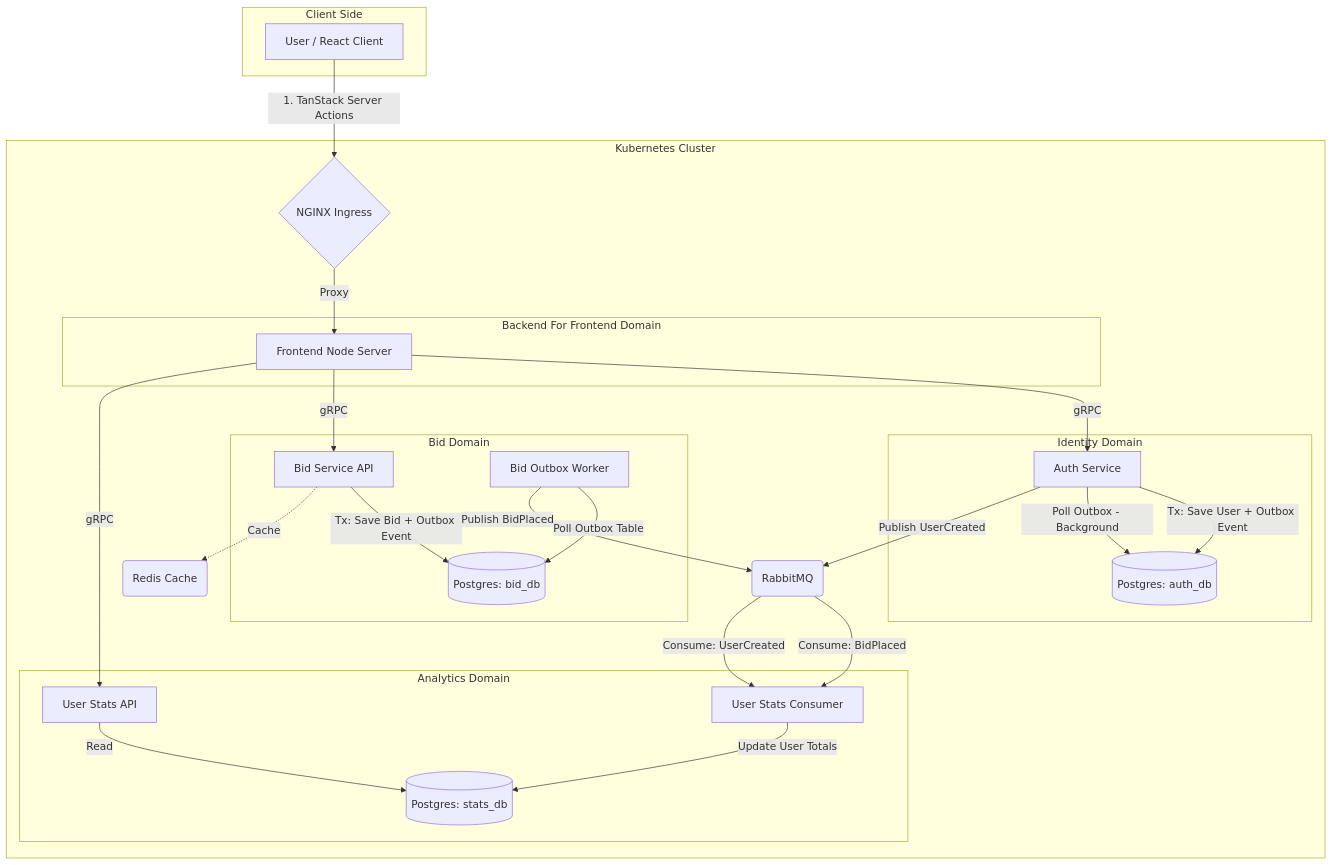
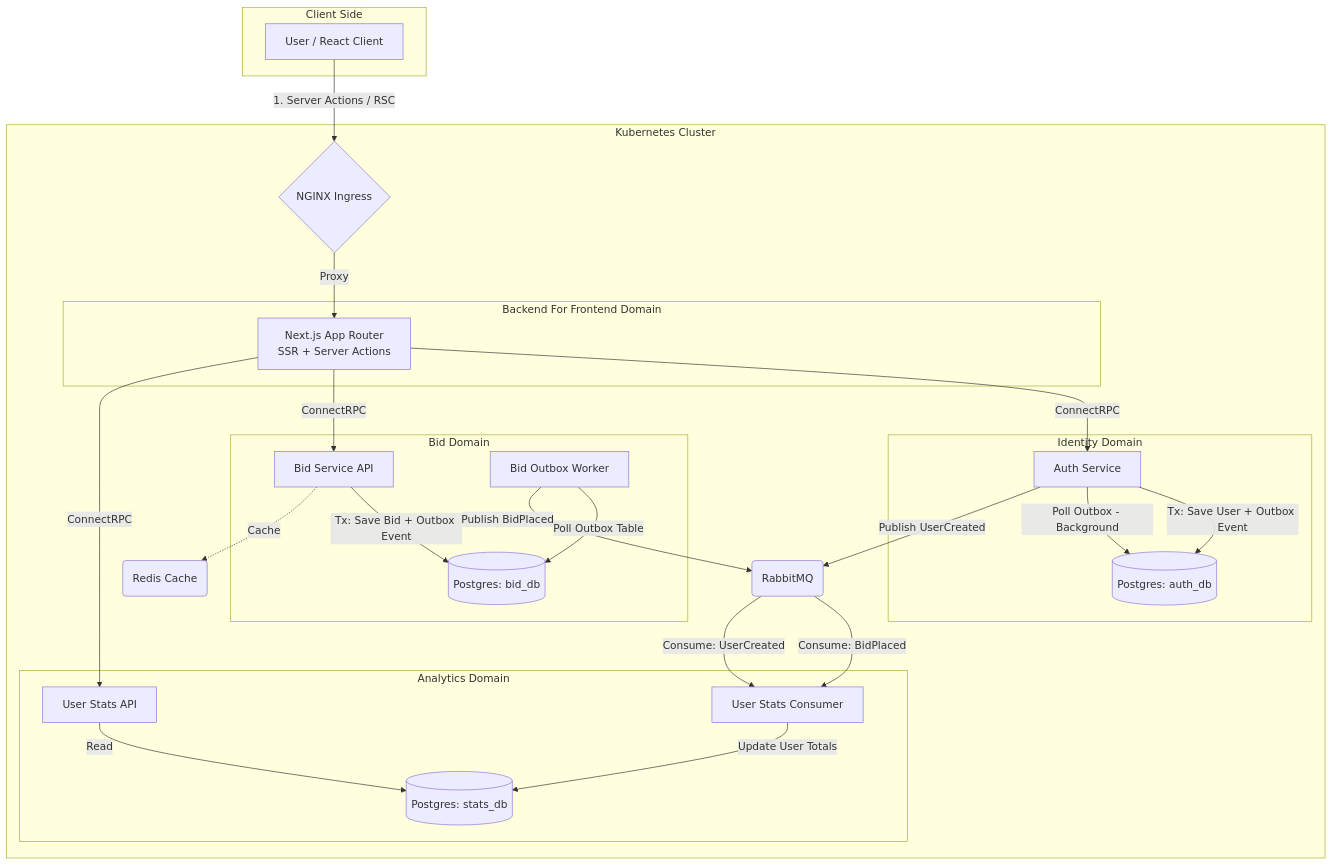
One commit to floroz/auction-go changed the first of 2 diagrams in README.md. Above: the diagram before and after it, drawn with Mermaid. The commit also changed other lines of this file and 1 other file, not shown here.

Commit message:
docs: update plan with next.js

````diff
--- a/README.md
+++ b/README.md
@@ -33,50 +33,50 @@
 ```mermaid
 graph TD
     subgraph ClientSide ["Client Side"]
         Client[User / React Client]
     end
 
-    Client -->|1. TanStack Server Actions| Ingress{NGINX Ingress}
+    Client -->|1. Server Actions / RSC| Ingress{NGINX Ingress}
 
     subgraph K8s ["Kubernetes Cluster"]
         %% Ingress Handling
         subgraph BFF_Domain ["Backend For Frontend Domain"]
-            BFF[Frontend Node Server]
+            BFF[Next.js App Router<br/>SSR + Server Actions]
         end
 
         Ingress -->|Proxy| BFF
 
         %% Shared Infrastructure
         RMQ(RabbitMQ)
         Redis(Redis Cache)
 
         subgraph Identity ["Identity Domain"]
             AuthAPI[Auth Service] -->|Tx: Save User + Outbox Event| AuthDB[(Postgres: auth_db)]
             AuthAPI -->|Poll Outbox - Background| AuthDB
         end
 
         subgraph Bids ["Bid Domain"]
             BidAPI[Bid Service API] -->|Tx: Save Bid + Outbox Event| BidDB[(Postgres: bid_db)]
             BidWorker[Bid Outbox Worker] -->|Poll Outbox Table| BidDB
         end
         
         subgraph Analytics ["Analytics Domain"]
             StatsAPI[User Stats API] -->|Read| StatsDB[(Postgres: stats_db)]
             StatsWorker[User Stats Consumer] -->|Update User Totals| StatsDB
         end
 
         %% Service Communication (gRPC)
-        BFF -->|gRPC| AuthAPI
-        BFF -->|gRPC| BidAPI
-        BFF -->|gRPC| StatsAPI
+        BFF -->|ConnectRPC| AuthAPI
+        BFF -->|ConnectRPC| BidAPI
+        BFF -->|ConnectRPC| StatsAPI
 
         %% Event Flow & Caching
         AuthAPI -- Publish UserCreated --> RMQ
         BidWorker -- Publish BidPlaced --> RMQ
         
         RMQ -- Consume: BidPlaced --> StatsWorker
         RMQ -- Consume: UserCreated --> StatsWorker
         
         BidAPI -.->|Cache| Redis
     end
 ```
````
